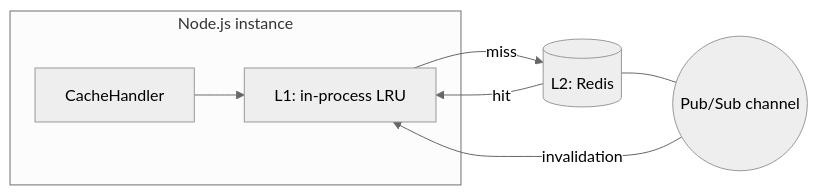
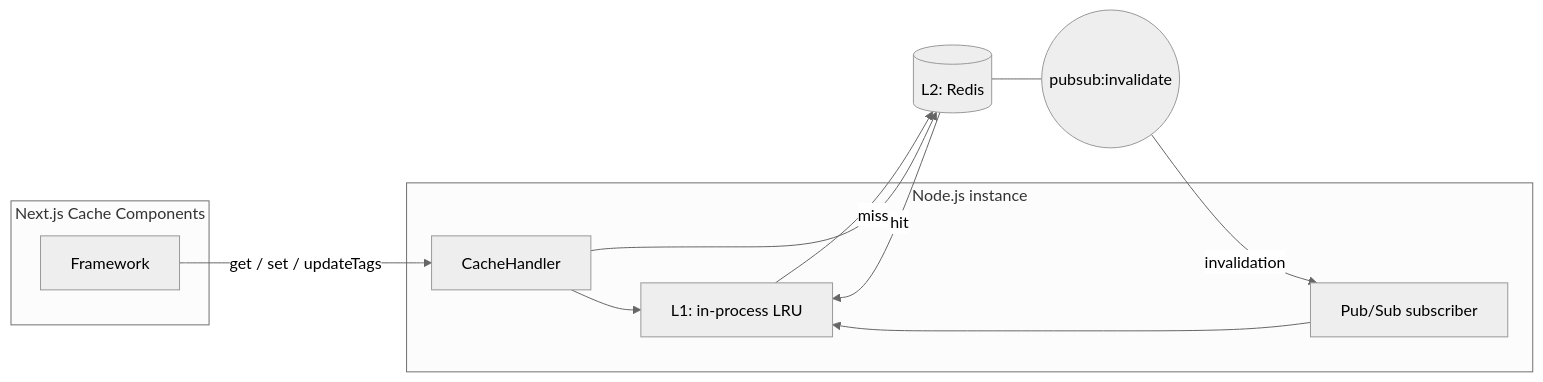
Before and after one commit to Regnar110/cursor-playground: the first of 7 diagrams in packages/cache-handler/docs/ARCHITECTURE.md, drawn with Mermaid (neutral theme). The commit also changed other lines of this file and 8 other files, not shown here.

First line of the commit message:
Migrate cache-handler tests to TypeScript and expand architecture docs.

````diff
--- a/packages/cache-handler/docs/ARCHITECTURE.md
+++ b/packages/cache-handler/docs/ARCHITECTURE.md
@@ -7,15 +11,22 @@
 ```mermaid
 flowchart LR
+    subgraph Next["Next.js Cache Components"]
+        FW["Framework"]
+    end
     subgraph Instance["Node.js instance"]
         Handler["CacheHandler"]
         L1["L1: in-process LRU"]
+        Sub["Pub/Sub subscriber"]
     end
     R[("L2: Redis")]
-    PS(("Pub/Sub channel"))
+    PS(("pubsub:invalidate"))
 
+    FW -->|"get / set / updateTags"| Handler
     Handler --> L1
     L1 -- miss --> R
     R -- hit --> L1
+    Handler --> R
     R --- PS
-    PS -- invalidation --> L1
+    PS -- invalidation --> Sub
+    Sub --> L1
 ```
````
